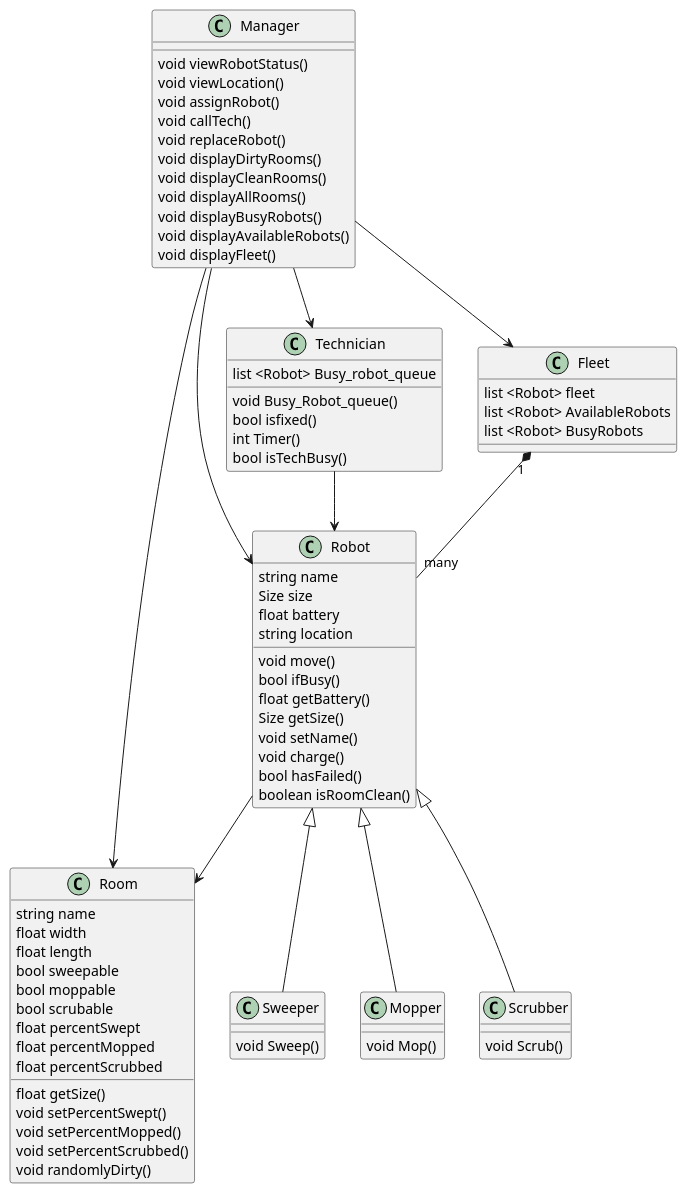
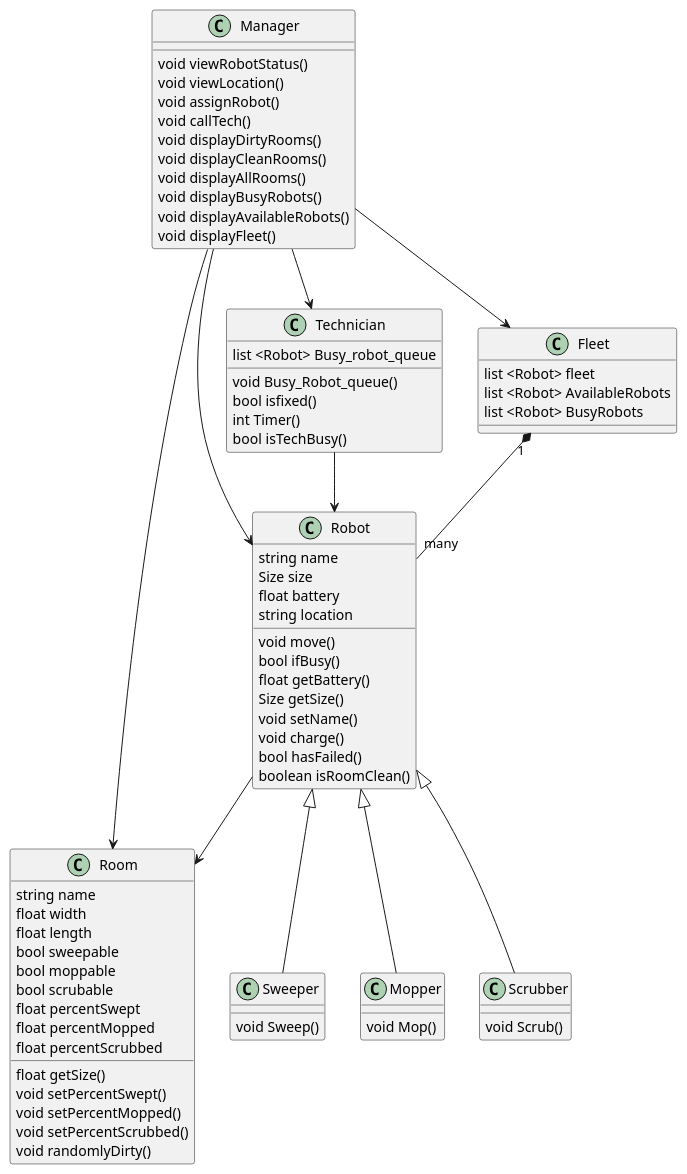
The diagram in docs/design/classdiagram/ClassDiagram.puml (ur-cs-courses/course-project-catch-up), drawn with PlantUML before and after one commit. The commit also changed 4 other files, not shown here.

```diff
--- a/docs/design/classdiagram/ClassDiagram.puml
+++ b/docs/design/classdiagram/ClassDiagram.puml
@@ -1,102 +1,101 @@
 @startuml Class Diagram
 
 'Manager uses Room
 Manager --> Room
 'Manager uses Robot
 Manager --> Robot
 'Manager uses Technician
 Manager --> Technician
 'Manager uses Fleet'
 Manager --> Fleet
 
 
 'Sweeper is a Robot
 Robot <|-- Sweeper
 'Mopper is a Robot
 Robot <|-- Mopper
 'Scrubber is a Robot
 Robot <|-- Scrubber
 'Technician uses Robot
 Technician --> Robot
 'Robot uses Room
 Robot --> Room
 'One Fleet contains many robots
 Fleet "1" *-- "many" Robot
 
 
 class Manager
 Manager : void viewRobotStatus()
 Manager : void viewLocation()
 Manager : void assignRobot()
 Manager : void callTech()
-Manager : void replaceRobot()
 Manager : void displayDirtyRooms()
 Manager : void displayCleanRooms()
 Manager : void displayAllRooms()
 Manager : void displayBusyRobots()
 Manager : void displayAvailableRobots()
 Manager : void displayFleet()
 
 class Room{
 string name
 float width
 float length
 bool sweepable
 bool moppable
 bool scrubable
 float percentSwept
 float percentMopped
 float percentScrubbed
 
 float getSize()
 void setPercentSwept()
 void setPercentMopped()
 void setPercentScrubbed()
 void randomlyDirty()
 }
 
 class Robot{
 string name
 Size size
 float battery 
 string location
 
 void move()
 bool ifBusy()
 float getBattery()
 Size getSize()
 void setName()
 void charge()
 bool hasFailed()
 boolean isRoomClean()
 }
 
 class Fleet{
       list <Robot> fleet
       list <Robot> AvailableRobots
       list <Robot> BusyRobots
 
 }
 
 class Technician{
     void Busy_Robot_queue() 
     bool isfixed()
     int Timer()
     bool isTechBusy()
     list <Robot> Busy_robot_queue
 
 }
 
 class Sweeper{
     void Sweep()
 }
 
 class Scrubber{
     void Scrub()
 }
 
 class Mopper{
     void Mop()
 }
 
 @enduml
```
